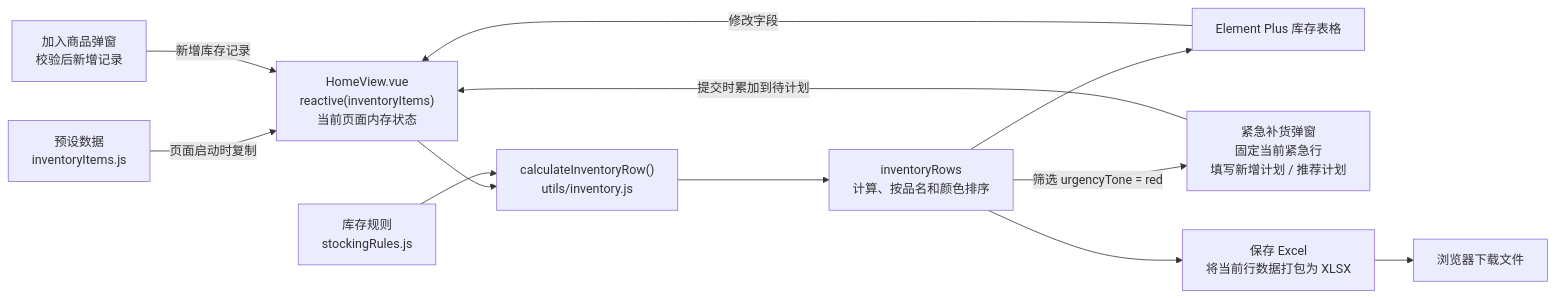
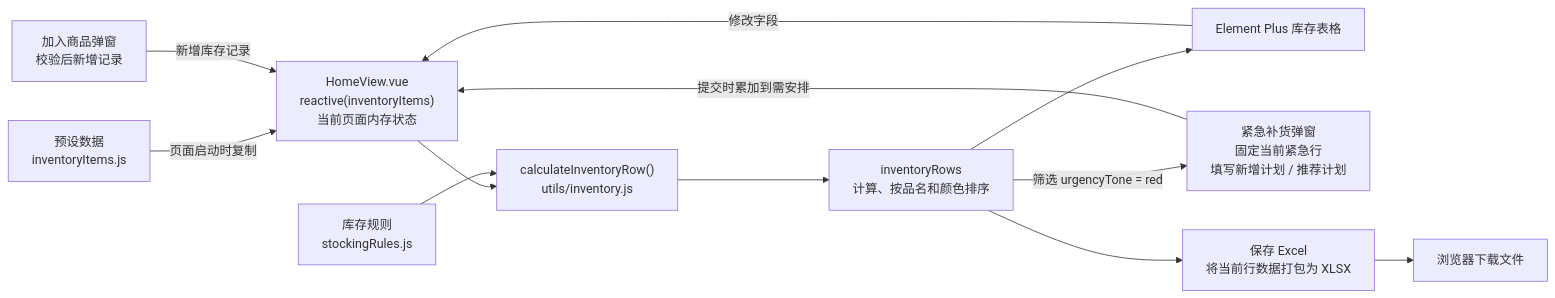
One commit to HugoCosette/kucunyujing changed the second of 2 diagrams in 项目架构图.md. Above: the diagram before and after it, drawn with Mermaid. The commit also changed other lines of this file and 16 other files, not shown here.

````diff
--- a/项目架构图.md
+++ b/项目架构图.md
@@ -40,24 +40,24 @@
 ```mermaid
 flowchart LR
     Seed["预设数据<br/>inventoryItems.js"]
     State["HomeView.vue<br/>reactive(inventoryItems)<br/>当前页面内存状态"]
     Rules["库存规则<br/>stockingRules.js"]
     Calc["calculateInventoryRow()<br/>utils/inventory.js"]
     Rows["inventoryRows<br/>计算、按品名和颜色排序"]
     Table["Element Plus 库存表格"]
     Urgent["紧急补货弹窗<br/>固定当前紧急行<br/>填写新增计划 / 推荐计划"]
     Add["加入商品弹窗<br/>校验后新增记录"]
     Export["保存 Excel<br/>将当前行数据打包为 XLSX"]
     Download["浏览器下载文件"]
 
     Seed -->|"页面启动时复制"| State
     State --> Calc
     Rules --> Calc
     Calc --> Rows
     Rows --> Table
     Rows -->|"筛选 urgencyTone = red"| Urgent
     Table -->|"修改字段"| State
     Add -->|"新增库存记录"| State
-    Urgent -->|"提交时累加到待计划"| State
+    Urgent -->|"提交时累加到需安排"| State
     Rows --> Export --> Download
 ```
````
